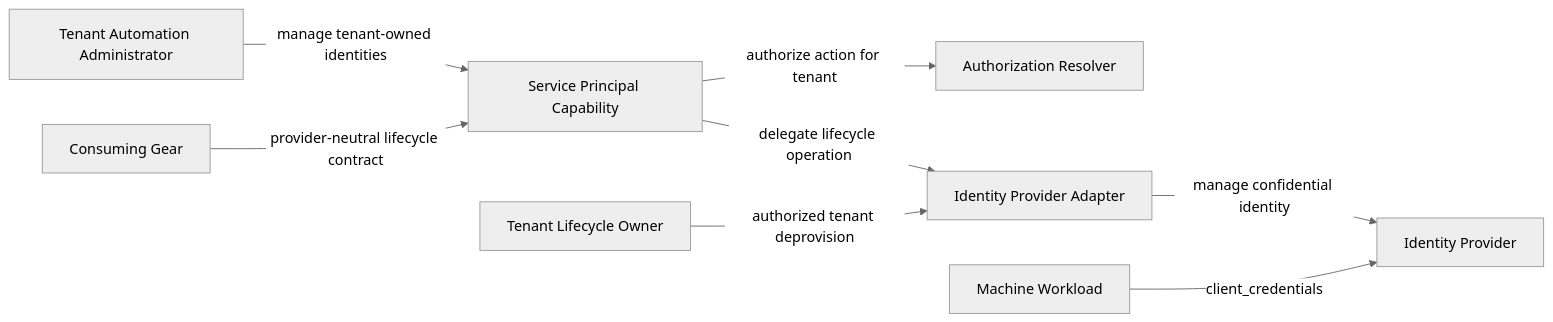
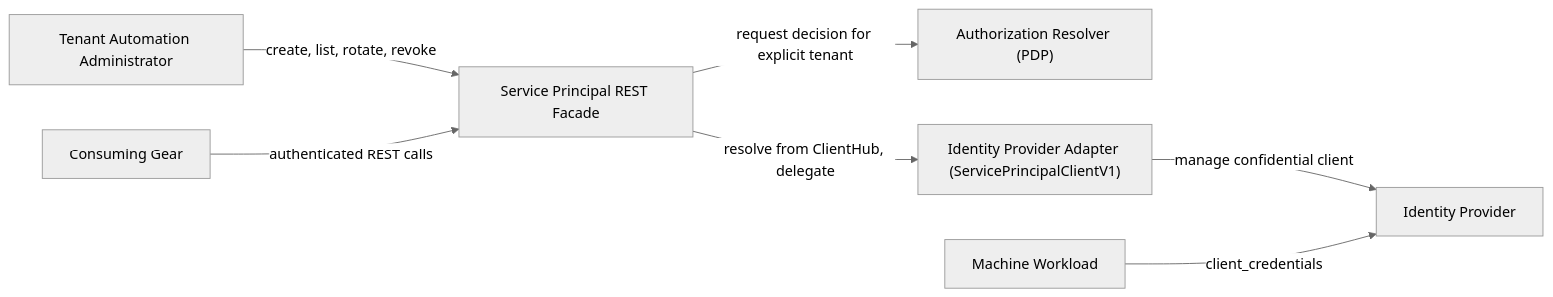
One commit to constructorfabric/gears-rust changed the diagram in gears/system/service-principal/docs/PRD.md. Above: the diagram before and after it, drawn with Mermaid (neutral theme). The commit also changed other lines of this file and 28 other files, not shown here.

First line of the commit message:
feat(service-principal): port gear from vhp-core and align docs with implementation

````diff
--- a/gears/system/service-principal/docs/PRD.md
+++ b/gears/system/service-principal/docs/PRD.md
@@ -154,10 +185,9 @@
 ```mermaid
 graph LR
-    Admin["Tenant Automation Administrator"] -->|manage tenant-owned identities| SP["Service Principal Capability"]
-    Gear["Consuming Gear"] -->|provider-neutral lifecycle contract| SP
-    SP -->|authorize action for tenant| AuthZ["Authorization Resolver"]
-    SP -->|delegate lifecycle operation| Provider["Identity Provider Adapter"]
-    Provider -->|manage confidential identity| IdP["Identity Provider"]
+    Admin["Tenant Automation Administrator"] -->|create, list, rotate, revoke| SP["Service Principal REST Facade"]
+    Gear["Consuming Gear"] -->|authenticated REST calls| SP
+    SP -->|request decision for explicit tenant| AuthZ["Authorization Resolver (PDP)"]
+    SP -->|resolve from ClientHub, delegate| Provider["Identity Provider Adapter (ServicePrincipalClientV1)"]
+    Provider -->|manage confidential client| IdP["Identity Provider"]
     Workload["Machine Workload"] -->|client_credentials| IdP
-    TenantOwner["Tenant Lifecycle Owner"] -->|authorized tenant deprovision| Provider
 ```
````
